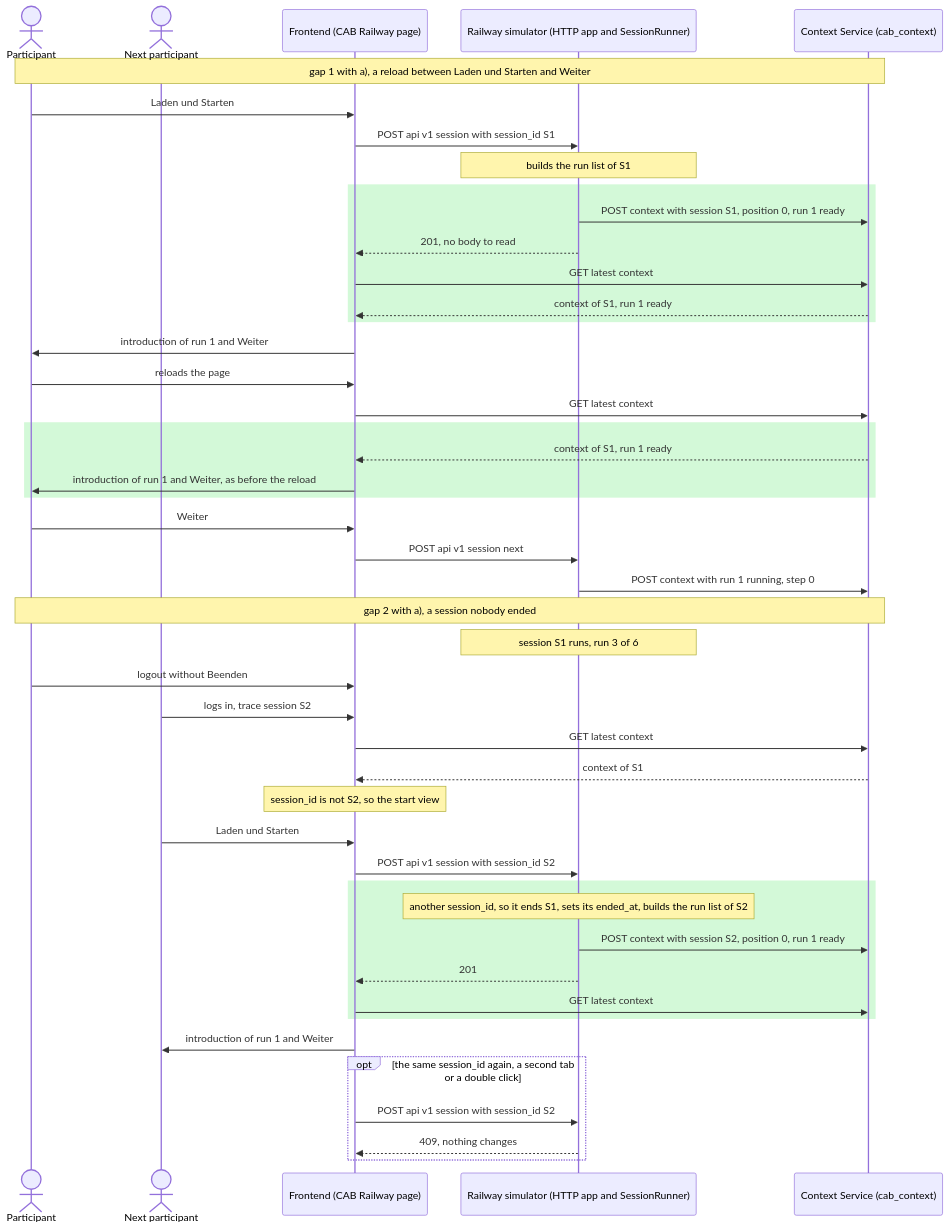
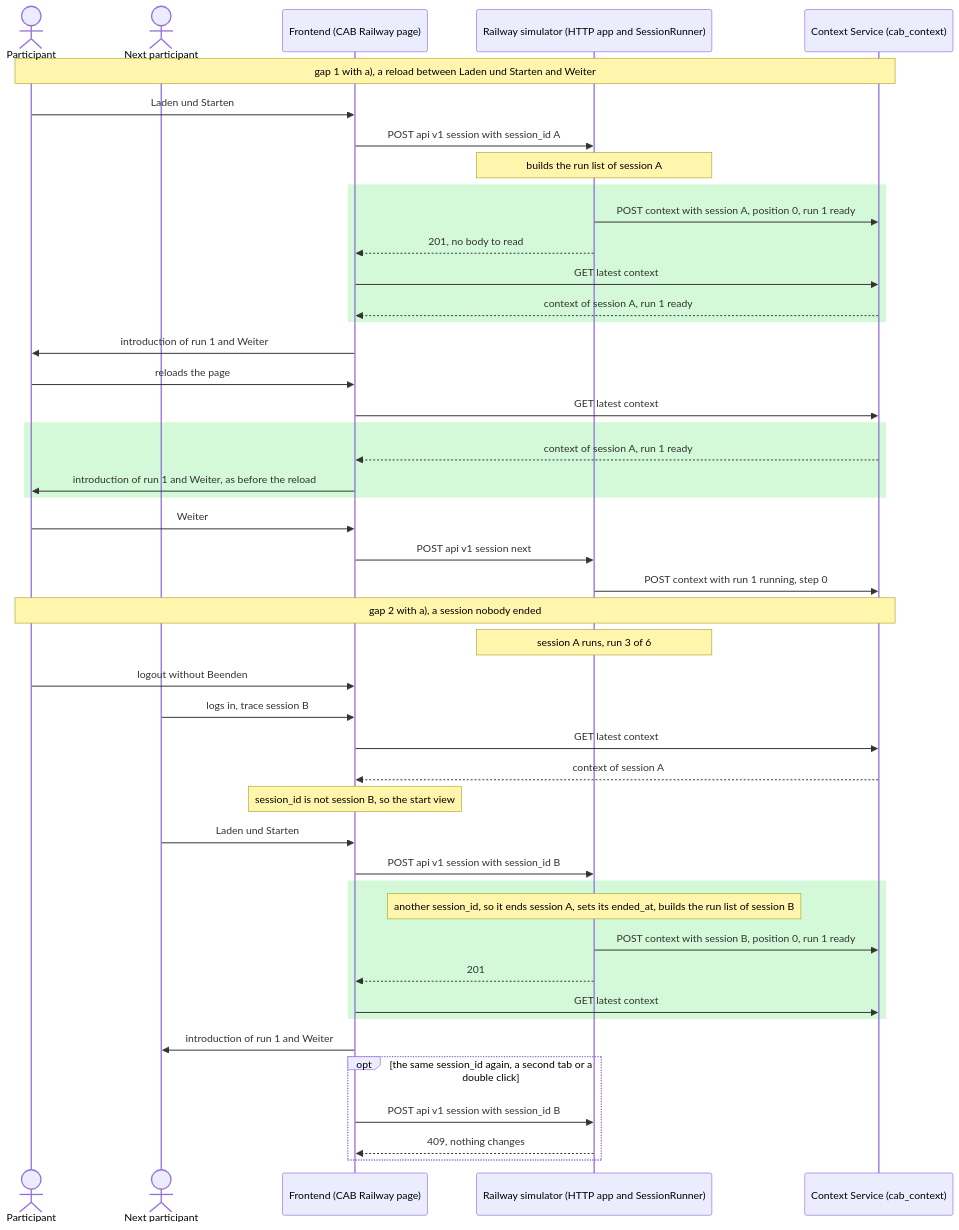
One commit to ainetus/InteractiveAI changed diagram 14 of 19 in docs/plans/railway-use-case.md. Above: the diagram before and after it, drawn with Mermaid. The commit also changed other lines of this file, not shown here.

````diff
--- a/docs/plans/railway-use-case.md
+++ b/docs/plans/railway-use-case.md
@@ -2497,48 +2497,48 @@
     ```mermaid
     sequenceDiagram
         actor P as Participant
         actor P2 as Next participant
         participant FE as Frontend (CAB Railway page)
         participant Sim as Railway simulator (HTTP app and SessionRunner)
         participant Ctx as Context Service (cab_context)
         Note over P,Ctx: gap 1 with a), a reload between Laden und Starten and Weiter
         P->>FE: Laden und Starten
-        FE->>Sim: POST api v1 session with session_id S1
-        Note over Sim: builds the run list of S1
+        FE->>Sim: POST api v1 session with session_id A
+        Note over Sim: builds the run list of session A
         rect rgb(211, 249, 216)
-        Sim->>Ctx: POST context with session S1, position 0, run 1 ready
+        Sim->>Ctx: POST context with session A, position 0, run 1 ready
         Sim-->>FE: 201, no body to read
         FE->>Ctx: GET latest context
-        Ctx-->>FE: context of S1, run 1 ready
+        Ctx-->>FE: context of session A, run 1 ready
         end
         FE->>P: introduction of run 1 and Weiter
         P->>FE: reloads the page
         FE->>Ctx: GET latest context
         rect rgb(211, 249, 216)
-        Ctx-->>FE: context of S1, run 1 ready
+        Ctx-->>FE: context of session A, run 1 ready
         FE->>P: introduction of run 1 and Weiter, as before the reload
         end
         P->>FE: Weiter
         FE->>Sim: POST api v1 session next
         Sim->>Ctx: POST context with run 1 running, step 0
         Note over P,Ctx: gap 2 with a), a session nobody ended
-        Note over Sim: session S1 runs, run 3 of 6
+        Note over Sim: session A runs, run 3 of 6
         P->>FE: logout without Beenden
-        P2->>FE: logs in, trace session S2
+        P2->>FE: logs in, trace session B
         FE->>Ctx: GET latest context
-        Ctx-->>FE: context of S1
-        Note over FE: session_id is not S2, so the start view
+        Ctx-->>FE: context of session A
+        Note over FE: session_id is not session B, so the start view
         P2->>FE: Laden und Starten
-        FE->>Sim: POST api v1 session with session_id S2
+        FE->>Sim: POST api v1 session with session_id B
         rect rgb(211, 249, 216)
-        Note over Sim: another session_id, so it ends S1, sets its ended_at, builds the run list of S2
-        Sim->>Ctx: POST context with session S2, position 0, run 1 ready
+        Note over Sim: another session_id, so it ends session A, sets its ended_at, builds the run list of session B
+        Sim->>Ctx: POST context with session B, position 0, run 1 ready
         Sim-->>FE: 201
         FE->>Ctx: GET latest context
         end
         FE->>P2: introduction of run 1 and Weiter
         opt the same session_id again, a second tab or a double click
-            FE->>Sim: POST api v1 session with session_id S2
+            FE->>Sim: POST api v1 session with session_id B
             Sim-->>FE: 409, nothing changes
         end
     ```
````
